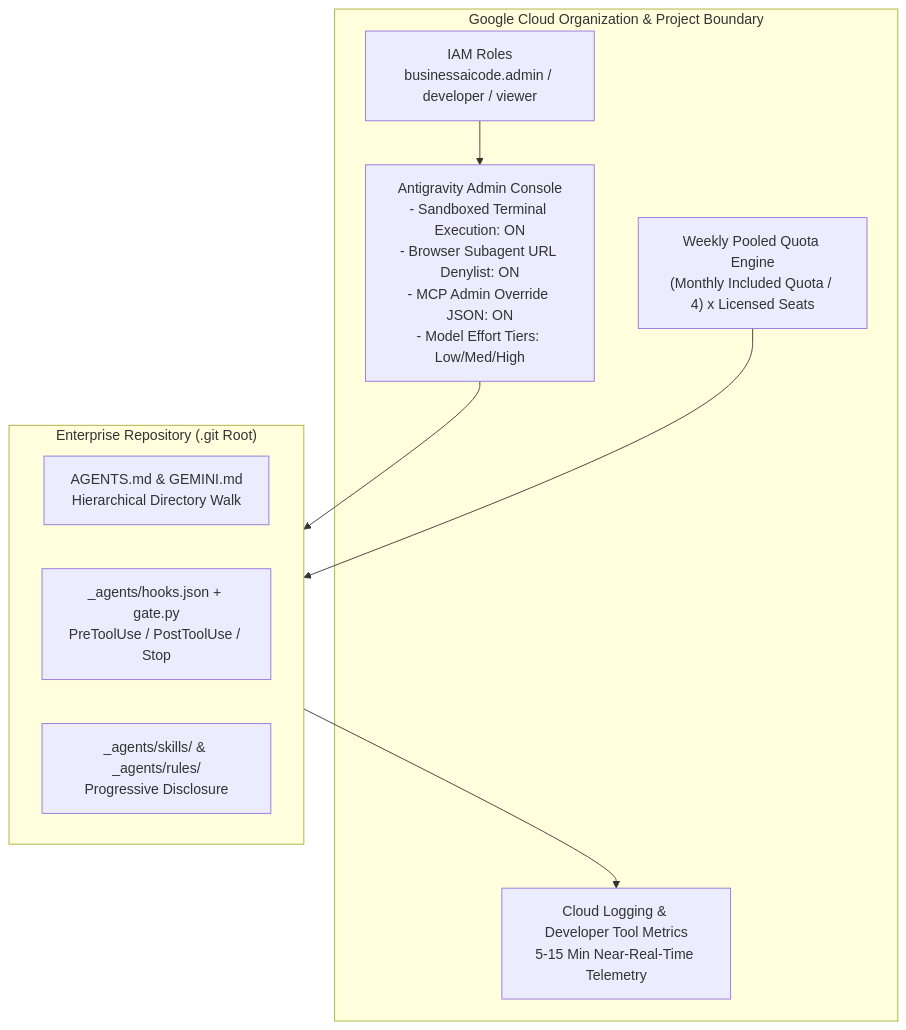
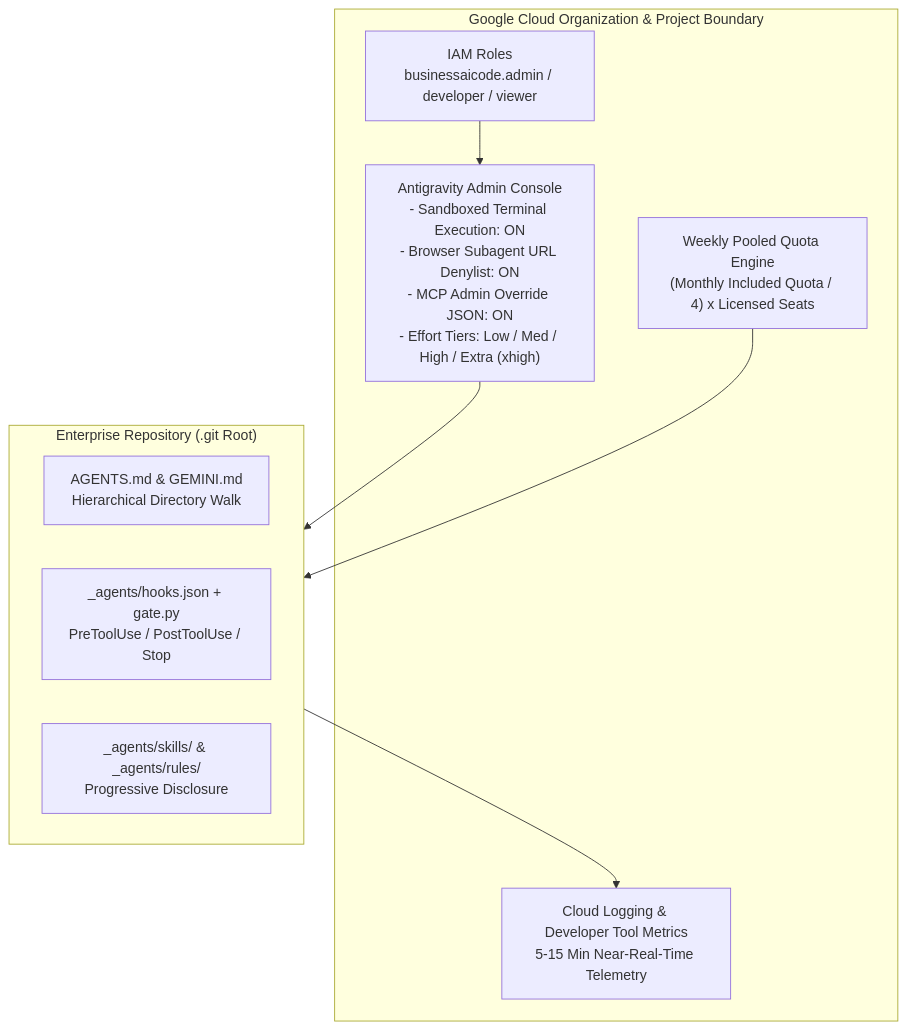
One commit to cmanikandan/antigravity-enterprise-blueprint changed the first of 3 diagrams in docs/01_enterprise_governance_and_rollout.md. Above: the diagram before and after it, drawn with Mermaid. The commit also changed other lines of this file and 45 other files, not shown here.

````diff
--- a/docs/01_enterprise_governance_and_rollout.md
+++ b/docs/01_enterprise_governance_and_rollout.md
@@ -24,20 +34,20 @@
 ```mermaid
 flowchart TB
     subgraph GCP["Google Cloud Organization & Project Boundary"]
         IAM["IAM Roles<br/>businessaicode.admin / developer / viewer"]
-        ADMIN["Antigravity Admin Console<br/>- Sandboxed Terminal Execution: ON<br/>- Browser Subagent URL Denylist: ON<br/>- MCP Admin Override JSON: ON<br/>- Model Effort Tiers: Low/Med/High"]
+        ADMIN["Antigravity Admin Console<br/>- Sandboxed Terminal Execution: ON<br/>- Browser Subagent URL Denylist: ON<br/>- MCP Admin Override JSON: ON<br/>- Effort Tiers: Low / Med / High / Extra (xhigh)"]
         POOL["Weekly Pooled Quota Engine<br/>(Monthly Included Quota / 4) x Licensed Seats"]
         LOGS["Cloud Logging & Developer Tool Metrics<br/>5-15 Min Near-Real-Time Telemetry"]
     end
 
     subgraph REPO["Enterprise Repository (.git Root)"]
         AGENTS_MD["AGENTS.md & GEMINI.md<br/>Hierarchical Directory Walk"]
         HOOKS["_agents/hooks.json + gate.py<br/>PreToolUse / PostToolUse / Stop"]
         SKILLS["_agents/skills/ & _agents/rules/<br/>Progressive Disclosure"]
     end
 
     IAM --> ADMIN
     ADMIN --> REPO
     POOL --> REPO
     REPO --> LOGS
 ```
````
